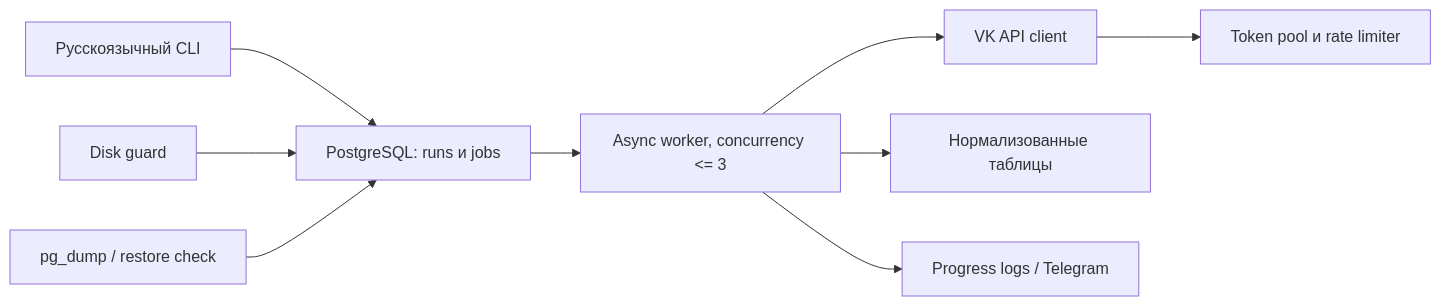
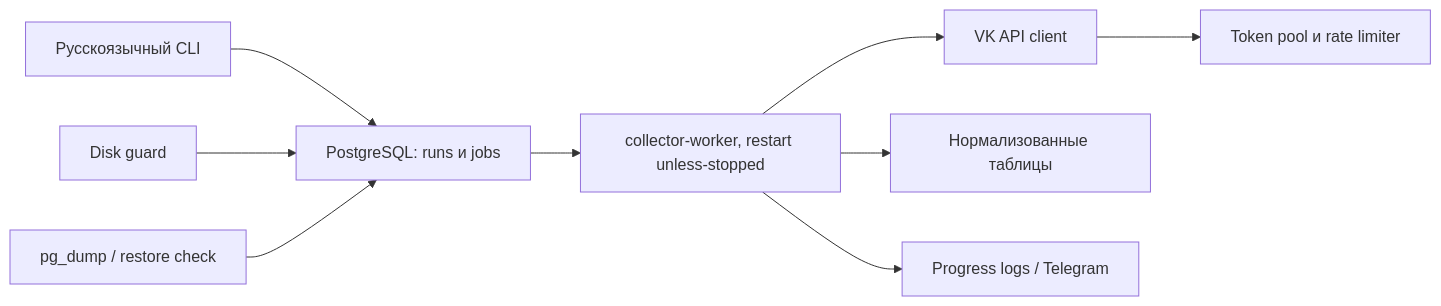
Before and after one commit to MarklyVK/vk-research-collector: the first of 7 diagrams in docs/STAGE2_ARCHITECTURE.md, drawn with Mermaid. The commit also changed other lines of this file and 12 other files, not shown here.

````diff
--- a/docs/STAGE2_ARCHITECTURE.md
+++ b/docs/STAGE2_ARCHITECTURE.md
@@ -12,11 +12,11 @@
 ```mermaid
 flowchart LR
     CLI["Русскоязычный CLI"] --> Q["PostgreSQL: runs и jobs"]
-    Q --> W["Async worker, concurrency <= 3"]
+    Q --> W["collector-worker, restart unless-stopped"]
     W --> V["VK API client"]
     V --> T["Token pool и rate limiter"]
     W --> D["Нормализованные таблицы"]
     W --> M["Progress logs / Telegram"]
     G["Disk guard"] --> Q
     B["pg_dump / restore check"] --> Q
 ```
````
